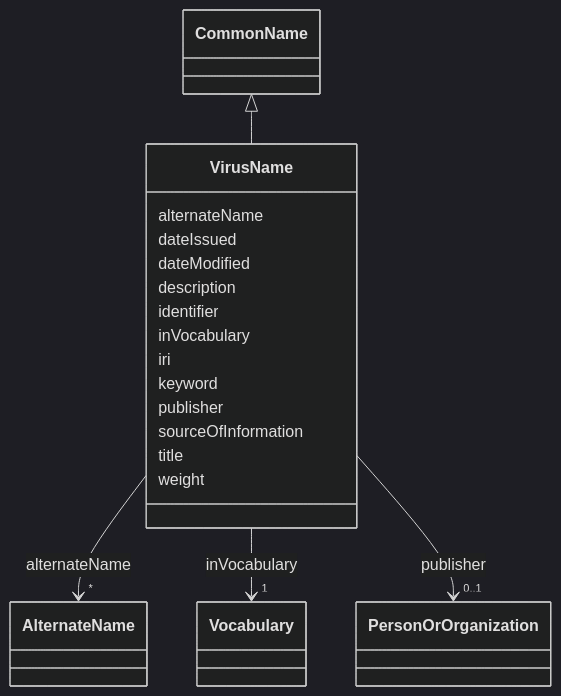
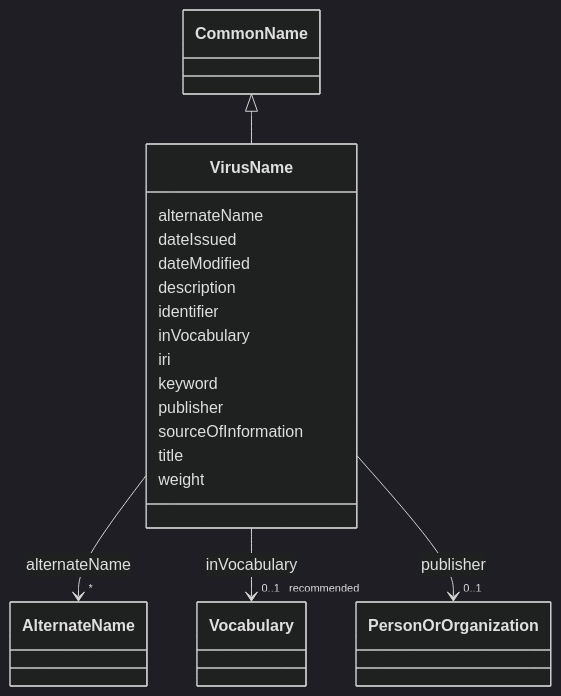
One commit to EVORA-project/evora-ontology changed the diagram in models/docs/VirusName.md. Above: the diagram before and after it, drawn with Mermaid (dark theme). The commit also changed other lines of this file and 307 other files, not shown here.

````diff
--- a/models/docs/VirusName.md
+++ b/models/docs/VirusName.md
@@ -19,54 +19,54 @@
 ```mermaid
  classDiagram
     class VirusName
     click VirusName href "../VirusName"
       CommonName <|-- VirusName
         click CommonName href "../CommonName"
       
       VirusName : alternateName
         
           
     
     
     VirusName --> "*" AlternateName : alternateName
     click AlternateName href "../AlternateName"
 
         
       VirusName : dateIssued
         
       VirusName : dateModified
         
       VirusName : description
         
       VirusName : identifier
         
       VirusName : inVocabulary
         
           
     
     
-    VirusName --> "1" Vocabulary : inVocabulary
+    VirusName --> "0..1 _recommended_" Vocabulary : inVocabulary
     click Vocabulary href "../Vocabulary"
 
         
       VirusName : iri
         
       VirusName : keyword
         
       VirusName : publisher
         
           
     
     
     VirusName --> "0..1" PersonOrOrganization : publisher
     click PersonOrOrganization href "../PersonOrOrganization"
 
         
       VirusName : sourceOfInformation
         
       VirusName : title
         
       VirusName : weight
         
       
 ```
````
